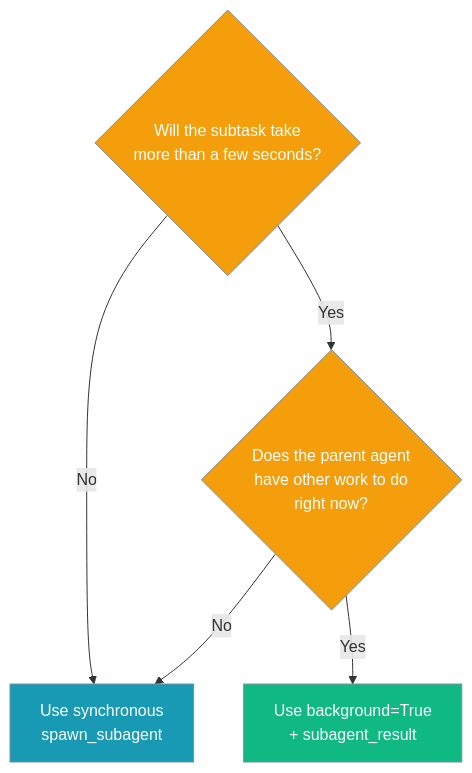
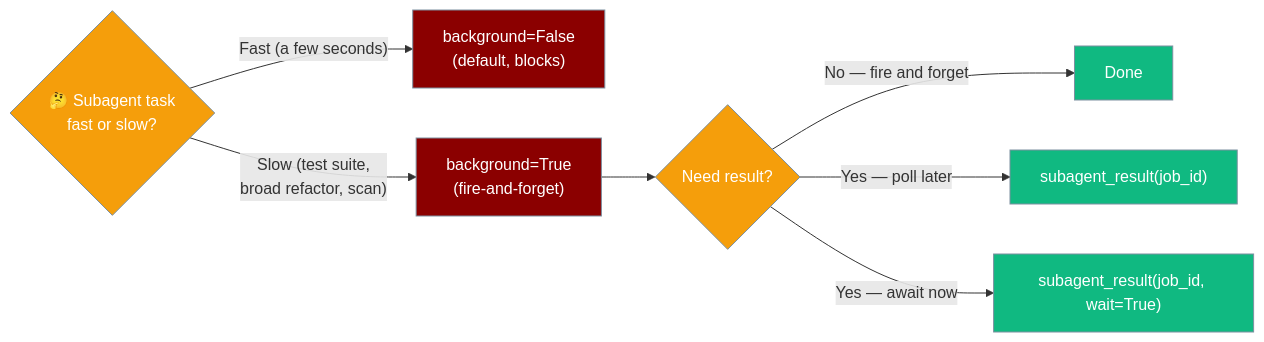
One commit to MervinPraison/PraisonAIDocs changed the second of 3 diagrams in docs/features/subagent-tool.mdx. Above: the diagram before and after it, drawn with Mermaid. The commit also changed other lines of this file and 4 other files, not shown here.

First line of the commit message:
docs: background fire-and-forget mode on spawn_subagent + subagent_result tool (fixes #1075)

````diff
--- a/docs/features/subagent-tool.mdx
+++ b/docs/features/subagent-tool.mdx
@@ -197,16 +95,16 @@
 ```mermaid
-graph TB
-    Q{Will the subtask take<br/>more than a few seconds?}
-    Q -->|No| Sync[Use synchronous<br/>spawn_subagent]
-    Q -->|Yes| B{Does the parent agent<br/>have other work to do<br/>right now?}
-    B -->|No| Sync
-    B -->|Yes| BG[Use background=True<br/>+ subagent_result]
+graph LR
+    Q{🤔 Subagent task<br/>fast or slow?} -->|"Fast (a few seconds)"| Sync["background=False<br/>(default, blocks)"]
+    Q -->|"Slow (test suite,<br/>broad refactor, scan)"| BG["background=True<br/>(fire-and-forget)"]
+    BG --> Poll{Need result?}
+    Poll -->|"No — fire and forget"| Done["Done"]
+    Poll -->|"Yes — poll later"| R1["subagent_result(job_id)"]
+    Poll -->|"Yes — await now"| R2["subagent_result(job_id, wait=True)"]
 
-    classDef question fill:#F59E0B,stroke:#7C90A0,color:#fff
-    classDef sync fill:#189AB4,stroke:#7C90A0,color:#fff
-    classDef async fill:#10B981,stroke:#7C90A0,color:#fff
-
-    class Q,B question
-    class Sync sync
-    class BG async
+    classDef q fill:#F59E0B,stroke:#7C90A0,color:#fff
+    classDef mode fill:#8B0000,stroke:#7C90A0,color:#fff
+    classDef result fill:#10B981,stroke:#7C90A0,color:#fff
+    class Q,Poll q
+    class Sync,BG mode
+    class Done,R1,R2 result
 ```
````
